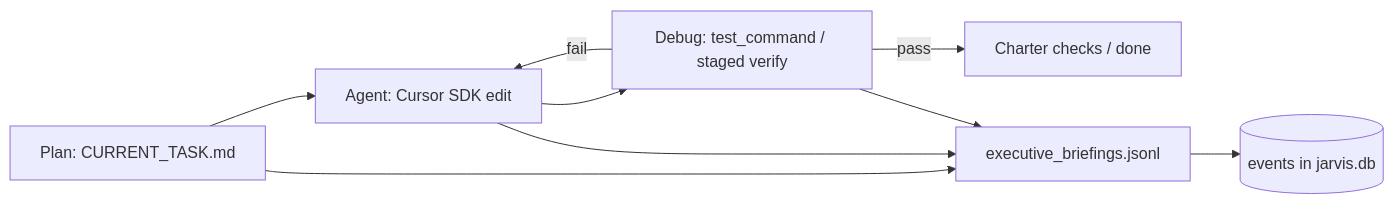
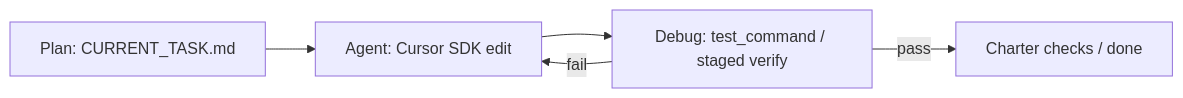
Before and after one commit to AlexTouvras/Orbit: the first of 4 diagrams in src/content/architecture/jarvis.mdx, drawn with Mermaid. The commit also changed other lines of this file and 10 other files, not shown here.

First line of the commit message:
Add ProjectBrain showcase: featured Write, portfolio card, and architecture page.

````diff
--- a/src/content/architecture/jarvis.mdx
+++ b/src/content/architecture/jarvis.mdx
@@ -17,11 +17,7 @@
 ```mermaid
 flowchart LR
   Plan[Plan: CURRENT_TASK.md] --> Agent[Agent: Cursor SDK edit]
   Agent --> Debug[Debug: test_command / staged verify]
   Debug -->|fail| Agent
   Debug -->|pass| Done[Charter checks / done]
-  Plan --> Brief[executive_briefings.jsonl]
-  Agent --> Brief
-  Debug --> Brief
-  Brief --> Ledger[(events in jarvis.db)]
 ```
````
